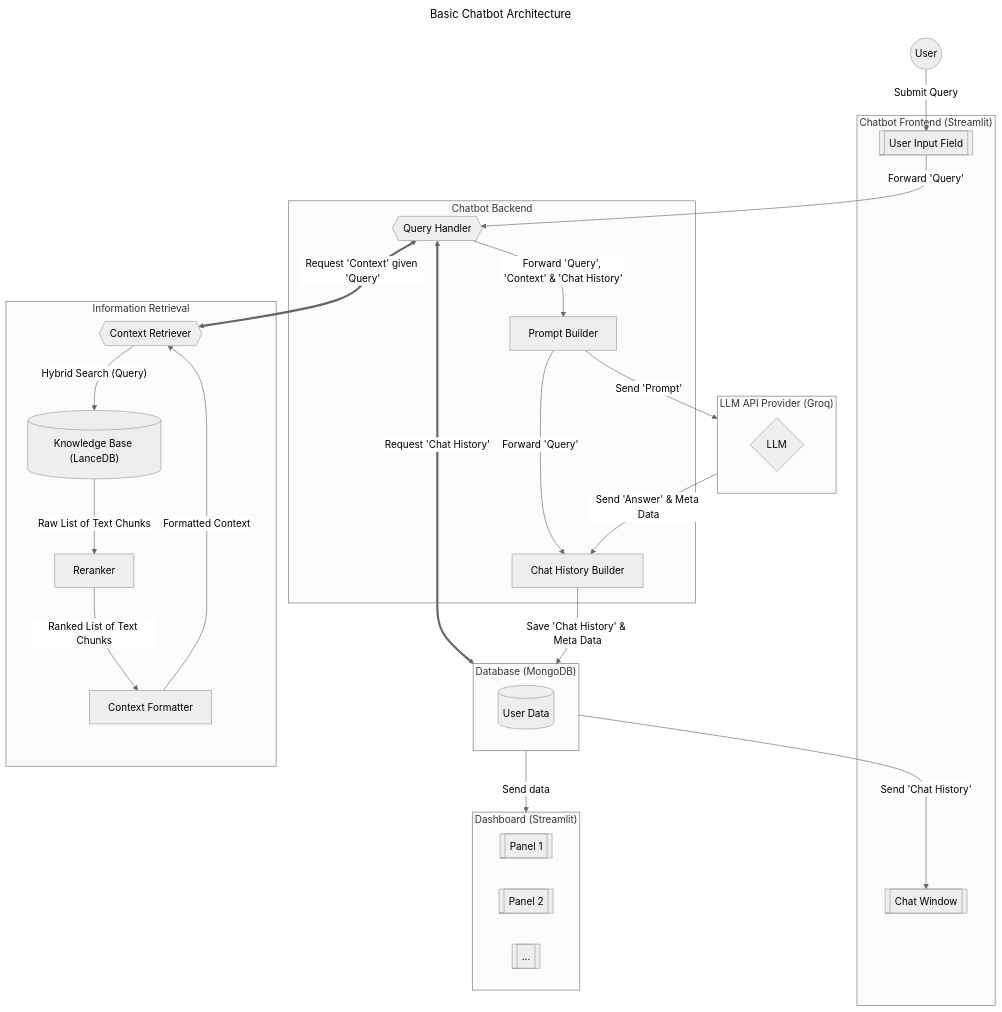
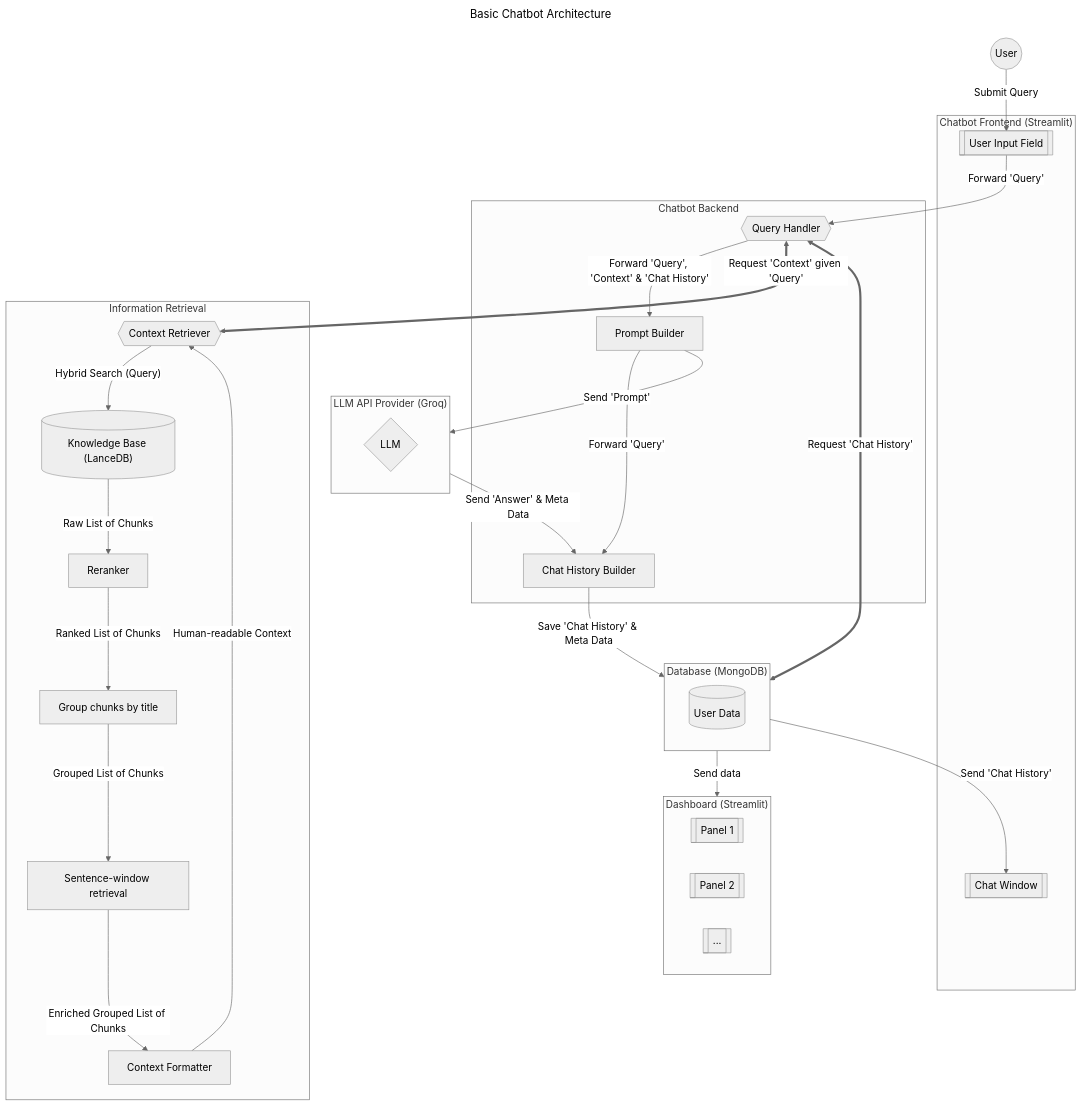
Before and after one commit to alexkolo/rag_nutrition_facts_blog: the diagram in docs/offical_how_i_build_it.md, drawn with Mermaid. The commit also changed other lines of this file and 19 other files, not shown here.

Commit message:
Sentence-window retrieval

````diff
--- a/docs/offical_how_i_build_it.md
+++ b/docs/offical_how_i_build_it.md
@@ -9,53 +9,55 @@
 ```mermaid
 ---
 title: Basic Chatbot Architecture
 ---
 %%{init: {'theme':'neutral'}}%%
 
 graph TD
 
   User(("User")) -->|Submit Query| InputField
 
   subgraph "Chatbot Frontend (Streamlit)"
     InputField[["User Input Field"]]
     ChatWindow[["Chat Window"]]
   end
   InputField -->|"Forward 'Query'"| QueryHandler
 
   subgraph UserDB["Database (MongoDB)"]
     UserData[("User Data")]
   end
   subgraph "Chatbot Backend"
     QueryHandler{{"Query Handler"}}
     PromptBuilder["Prompt Builder"]
     ChatHistoryBuilder["Chat History Builder"]
     QueryHandler -->|"Forward 'Query', 'Context' & 'Chat History'"| PromptBuilder
     PromptBuilder --> |"Forward 'Query'"| ChatHistoryBuilder
   end
   QueryHandler <==>|"Request 'Context' given 'Query'"| Retriever
   QueryHandler <===>|"Request 'Chat History'"| UserDB
 
   subgraph IR["Information Retrieval"]
     Retriever{{"Context Retriever"}} --> |"Hybrid Search (Query)"| KBase[("Knowledge Base (LanceDB)")]
-    KBase --> |Raw List of Text Chunks| Reranker["Reranker"]
-    Reranker -->  |Ranked List of Text Chunks| ContextFormatter["Context Formatter"]
-    ContextFormatter --> |Formatted Context| Retriever
+    KBase --> |Raw List of Chunks| Reranker["Reranker"]
+    Reranker -->  |Ranked List of Chunks| Grouper
+    Grouper["Group chunks by title"] -->  |Grouped List of Chunks| SWR
+    SWR["Sentence-window retrieval"] --> |Enriched Grouped List of Chunks| ContextFormatter
+    ContextFormatter["Context Formatter"] --> |Human-readable Context| Retriever
   end
 
   subgraph LLMProvider["LLM API Provider (Groq)"]
     LLM{"LLM"}
   end
   PromptBuilder --> |"Send 'Prompt'"| LLMProvider
   LLMProvider --> |"Send 'Answer' & Meta Data"| ChatHistoryBuilder
 
   ChatHistoryBuilder --> |"Save 'Chat History' & Meta Data"| UserDB
 
   subgraph Dashboard["Dashboard (Streamlit)"]
     Panel01[["Panel 1"]]
     Panel02[["Panel 2"]]
     Panel03[["..."]]
   end
   UserDB --> |"Send data"| Dashboard
   UserDB --> |"Send 'Chat History'"| ChatWindow
 
 ```
````
